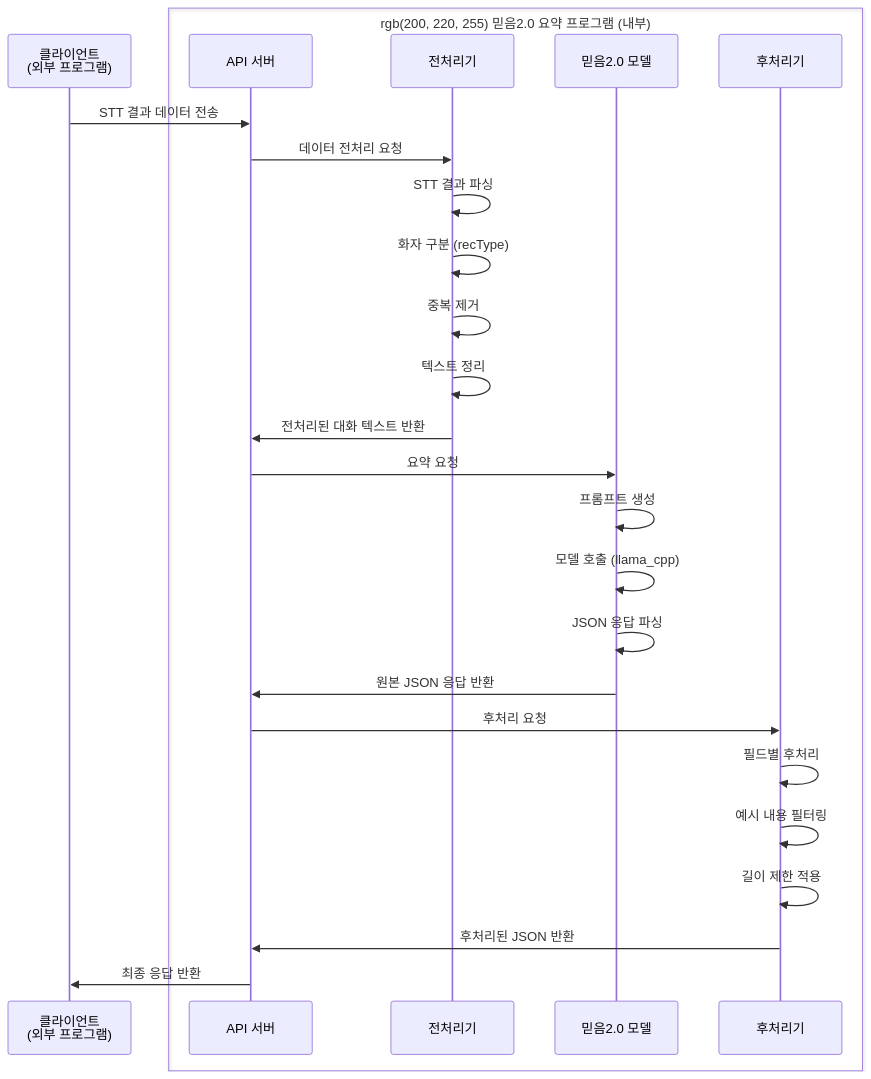
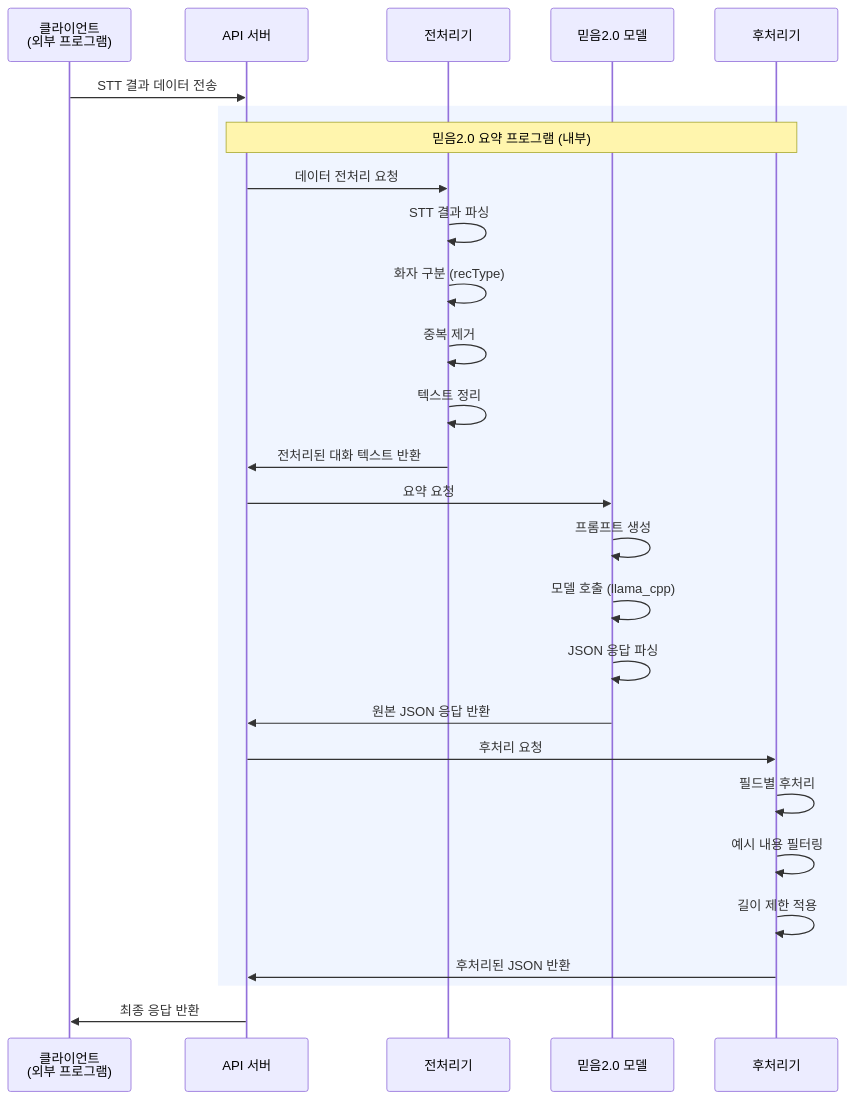
One commit to hak023/gemma-summarizer-poc changed the third of 4 diagrams in workflow_diagram.md. Above: the diagram before and after it, drawn with Mermaid. The commit also changed 1 other file, not shown here.

Commit message:
GitHub 호환성을 위해 box rgb()를 rect rgb()로 변경
- sequence_diagram.md: 모든 시퀀스 다이어그램을 rect rgb(240, 245, 255) 방식으로 변경
- workflow_diagram.md: 데이터 흐름 시퀀스 다이어그램을 rect rgb(240, 245, 255) 방식으로 변경
- GitHub에서 제대로 렌더링되도록 연한 파란색(rgb(240, 245, 255)) 사용
- 내부 프로그램 컴포넌트 상호작용 영역을 명확히 표시
- box 구문 대신 rect 구문 사용으로 GitHub 호환성 개선

````diff
--- a/workflow_diagram.md
+++ b/workflow_diagram.md
@@ -79,34 +79,36 @@
 ```mermaid
 sequenceDiagram
     participant Client as 클라이언트<br/>(외부 프로그램)
     
-    box rgb(200, 220, 255) 믿음2.0 요약 프로그램 (내부)
-        participant API as API 서버
-        participant Preprocessor as 전처리기
-        participant Gemma as 믿음2.0 모델
-        participant Postprocessor as 후처리기
-    end
+    participant API as API 서버
+    participant Preprocessor as 전처리기
+    participant Gemma as 믿음2.0 모델
+    participant Postprocessor as 후처리기
     
     Client->>API: STT 결과 데이터 전송
-    API->>Preprocessor: 데이터 전처리 요청
     
-    Preprocessor->>Preprocessor: STT 결과 파싱
-    Preprocessor->>Preprocessor: 화자 구분 (recType)
-    Preprocessor->>Preprocessor: 중복 제거
-    Preprocessor->>Preprocessor: 텍스트 정리
-    Preprocessor->>API: 전처리된 대화 텍스트 반환
-    
-    API->>Gemma: 요약 요청
-    Gemma->>Gemma: 프롬프트 생성
-    Gemma->>Gemma: 모델 호출 (llama_cpp)
-    Gemma->>Gemma: JSON 응답 파싱
-    Gemma->>API: 원본 JSON 응답 반환
-    
-    API->>Postprocessor: 후처리 요청
-    Postprocessor->>Postprocessor: 필드별 후처리
-    Postprocessor->>Postprocessor: 예시 내용 필터링
-    Postprocessor->>Postprocessor: 길이 제한 적용
-    Postprocessor->>API: 후처리된 JSON 반환
+    rect rgb(240, 245, 255)
+        Note over API,Postprocessor: 믿음2.0 요약 프로그램 (내부)
+        API->>Preprocessor: 데이터 전처리 요청
+        
+        Preprocessor->>Preprocessor: STT 결과 파싱
+        Preprocessor->>Preprocessor: 화자 구분 (recType)
+        Preprocessor->>Preprocessor: 중복 제거
+        Preprocessor->>Preprocessor: 텍스트 정리
+        Preprocessor->>API: 전처리된 대화 텍스트 반환
+        
+        API->>Gemma: 요약 요청
+        Gemma->>Gemma: 프롬프트 생성
+        Gemma->>Gemma: 모델 호출 (llama_cpp)
+        Gemma->>Gemma: JSON 응답 파싱
+        Gemma->>API: 원본 JSON 응답 반환
+        
+        API->>Postprocessor: 후처리 요청
+        Postprocessor->>Postprocessor: 필드별 후처리
+        Postprocessor->>Postprocessor: 예시 내용 필터링
+        Postprocessor->>Postprocessor: 길이 제한 적용
+        Postprocessor->>API: 후처리된 JSON 반환
+    end
     
     API->>Client: 최종 응답 반환
 ```
````
